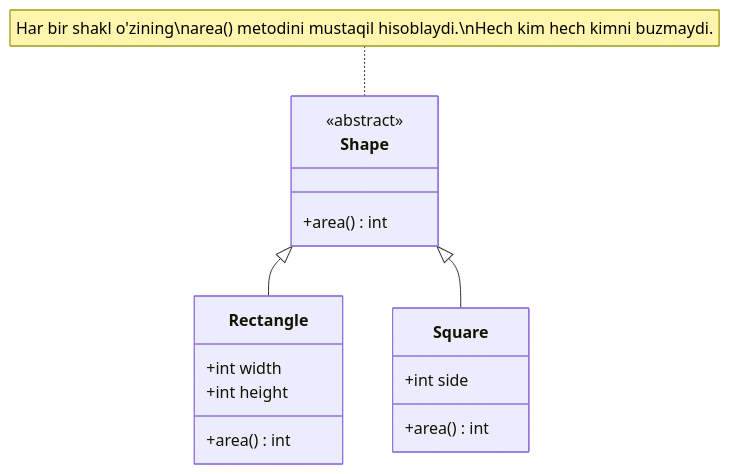
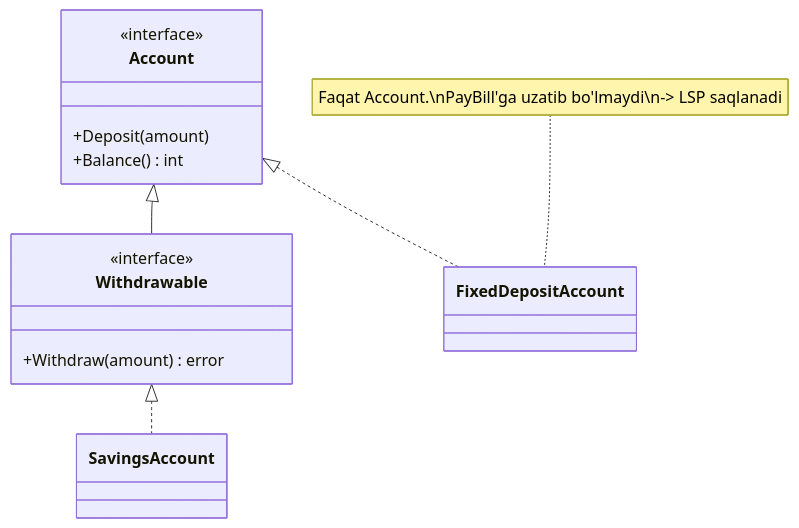
Before and after one commit to Otajonoov/dev: the second of 2 diagrams in Patterns/1. Design Patterns/1. S.O.L.I.D/3. L.md, drawn with Mermaid. The commit also changed other lines of this file and 377 other files, not shown here.

````diff
--- a/Patterns/1. Design Patterns/1. S.O.L.I.D/3. L.md
+++ b/Patterns/1. Design Patterns/1. S.O.L.I.D/3. L.md
@@ -71,19 +256,18 @@
 ```mermaid
 classDiagram
-    class Shape {
-        <<abstract>>
-        +area() int
+    class Account {
+        <<interface>>
+        +Deposit(amount)
+        +Balance() int
     }
-    class Rectangle {
-        +int width
-        +int height
-        +area() int
+    class Withdrawable {
+        <<interface>>
+        +Withdraw(amount) error
     }
-    class Square {
-        +int side
-        +area() int
-    }
-    Shape <|-- Rectangle
-    Shape <|-- Square
-    note for Shape "Har bir shakl o'zining\narea() metodini mustaqil hisoblaydi.\nHech kim hech kimni buzmaydi."
+    class SavingsAccount
+    class FixedDepositAccount
+    Account <|-- Withdrawable
+    Withdrawable <|.. SavingsAccount
+    Account <|.. FixedDepositAccount
+    note for FixedDepositAccount "Faqat Account.\nPayBill'ga uzatib bo'lmaydi\n-> LSP saqlanadi"
 ```
````
